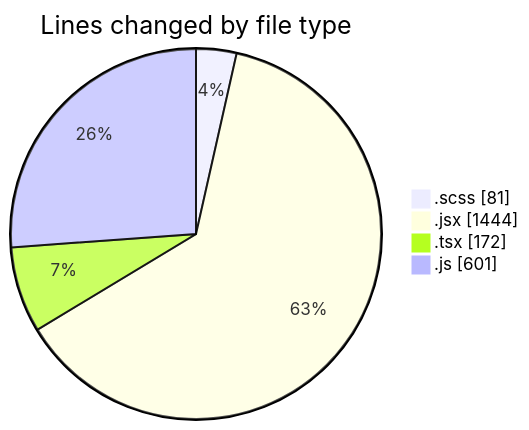
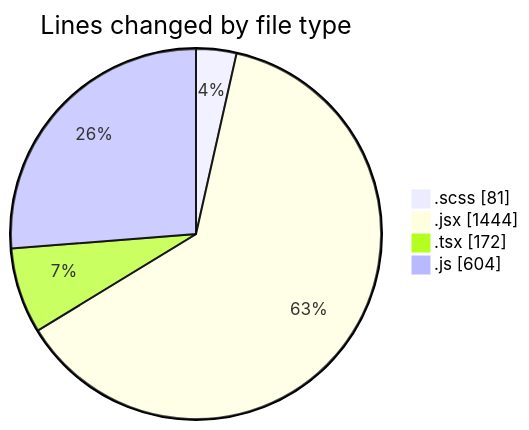
One commit to momahboobian/code-tracking changed the first of 2 diagrams in 2025-06-03/cda/README.md. Above: the diagram before and after it, drawn with Mermaid. The commit also changed other lines of this file and 1 other file, not shown here.

````diff
--- a/2025-06-03/cda/README.md
+++ b/2025-06-03/cda/README.md
@@ -25,8 +25,8 @@
 ```mermaid
 pie showData
 title Lines changed by file type
 ".scss" : 81
 ".jsx" : 1444
 ".tsx" : 172
-".js" : 601
+".js" : 604
 ```
````
